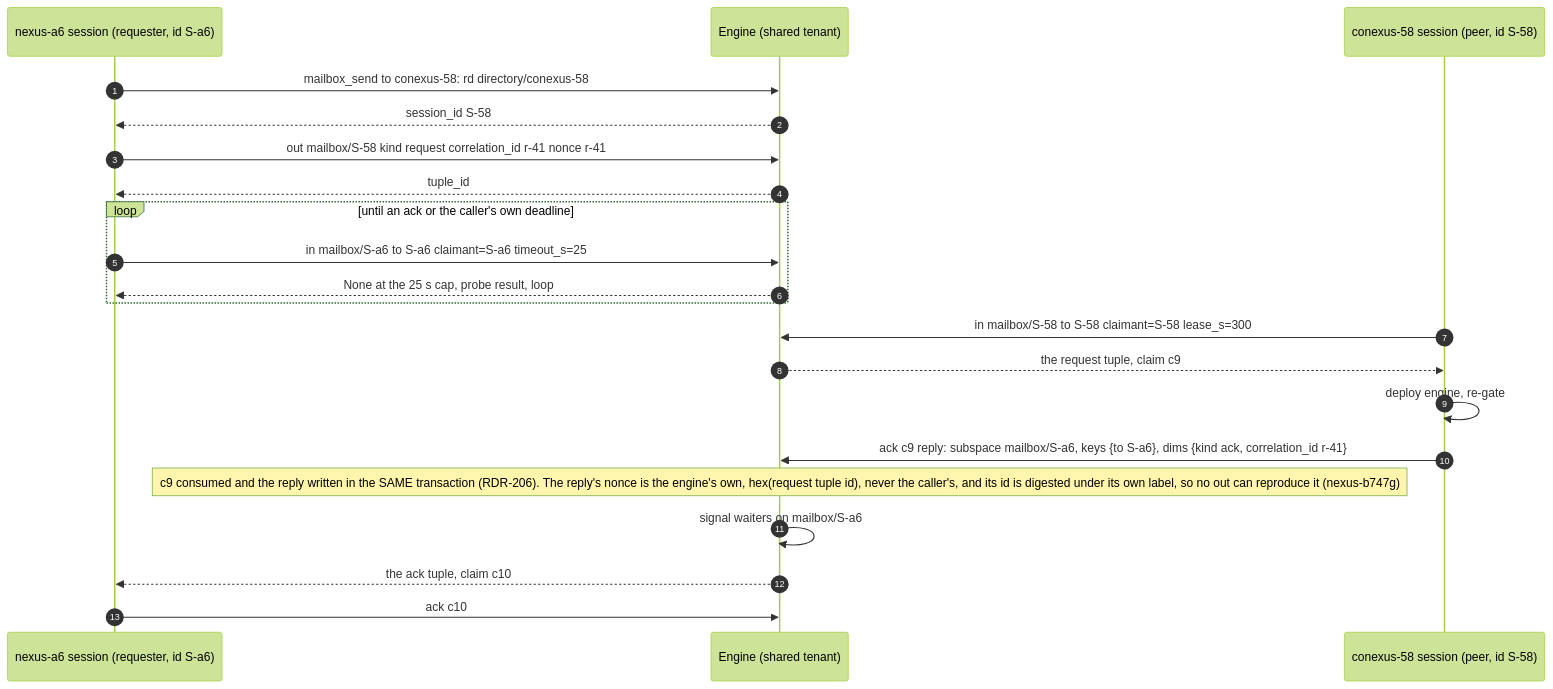
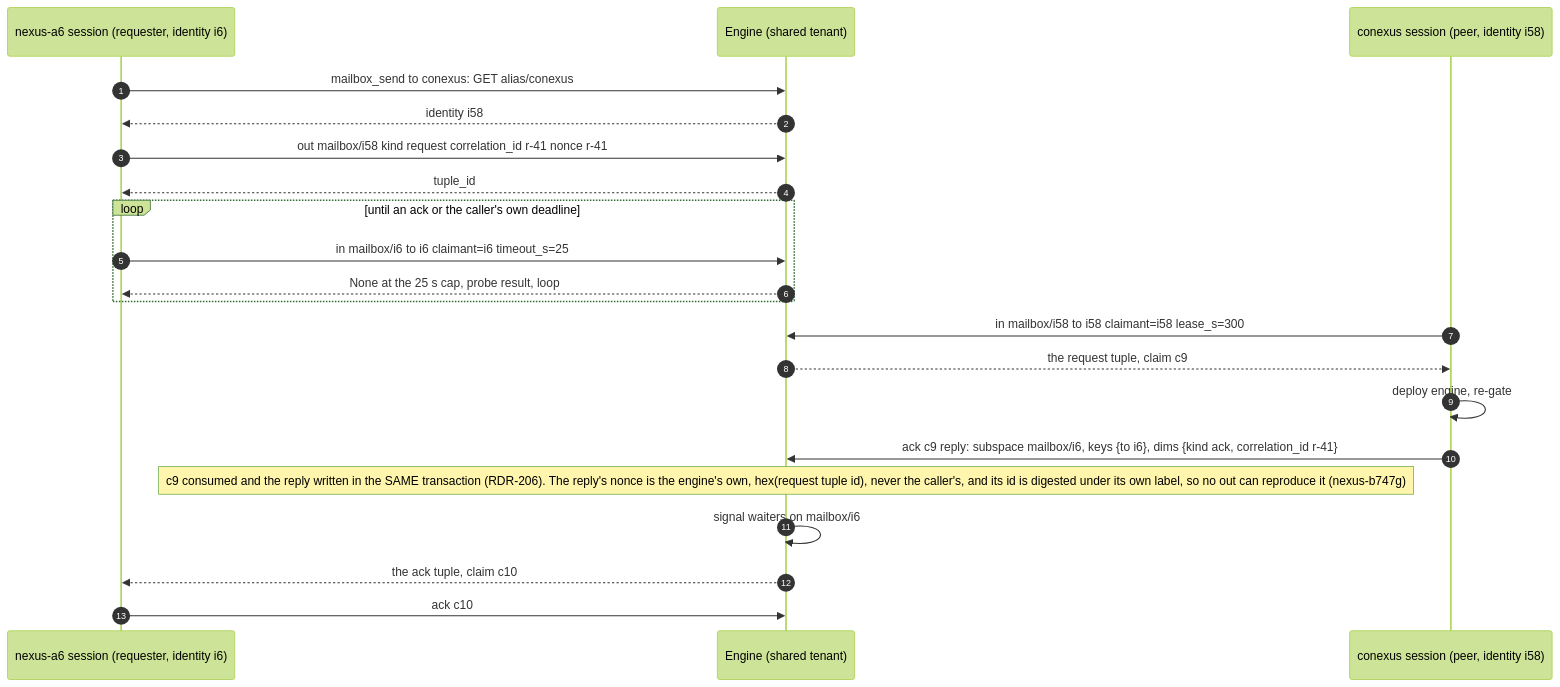
Before and after one commit to Hellblazer/nexus: the fifth of 8 diagrams in docs/tuple-space-walkthroughs.md, drawn with Mermaid (forest theme). The commit also changed other lines of this file and 19 other files, not shown here.

First line of the commit message:
feat(rdr-253): the directory/<name> name lease is removed from the client (nexus-hczdo.2.1, Phase 2 set 2)

````diff
--- a/docs/tuple-space-walkthroughs.md
+++ b/docs/tuple-space-walkthroughs.md
@@ -148,24 +148,24 @@
 ```mermaid
 sequenceDiagram
     autonumber
-    participant N as nexus-a6 session (requester, id S-a6)
+    participant N as nexus-a6 session (requester, identity i6)
     participant E as Engine (shared tenant)
-    participant C as conexus-58 session (peer, id S-58)
+    participant C as conexus session (peer, identity i58)
 
-    N->>E: mailbox_send to conexus-58: rd directory/conexus-58
-    E-->>N: session_id S-58
-    N->>E: out mailbox/S-58 kind request correlation_id r-41 nonce r-41
+    N->>E: mailbox_send to conexus: GET alias/conexus
+    E-->>N: identity i58
+    N->>E: out mailbox/i58 kind request correlation_id r-41 nonce r-41
     E-->>N: tuple_id
     loop until an ack or the caller's own deadline
-        N->>E: in mailbox/S-a6 to S-a6 claimant=S-a6 timeout_s=25
+        N->>E: in mailbox/i6 to i6 claimant=i6 timeout_s=25
         E-->>N: None at the 25 s cap, probe result, loop
     end
-    C->>E: in mailbox/S-58 to S-58 claimant=S-58 lease_s=300
+    C->>E: in mailbox/i58 to i58 claimant=i58 lease_s=300
     E-->>C: the request tuple, claim c9
     C->>C: deploy engine, re-gate
-    C->>E: ack c9 reply: subspace mailbox/S-a6, keys {to S-a6}, dims {kind ack, correlation_id r-41}
+    C->>E: ack c9 reply: subspace mailbox/i6, keys {to i6}, dims {kind ack, correlation_id r-41}
     Note over E: c9 consumed and the reply written in the SAME transaction (RDR-206). The reply's nonce is the engine's own, hex(request tuple id), never the caller's, and its id is digested under its own label, so no out can reproduce it (nexus-b747g)
-    E->>E: signal waiters on mailbox/S-a6
+    E->>E: signal waiters on mailbox/i6
     E-->>N: the ack tuple, claim c10
     N->>E: ack c10
 ```
````
